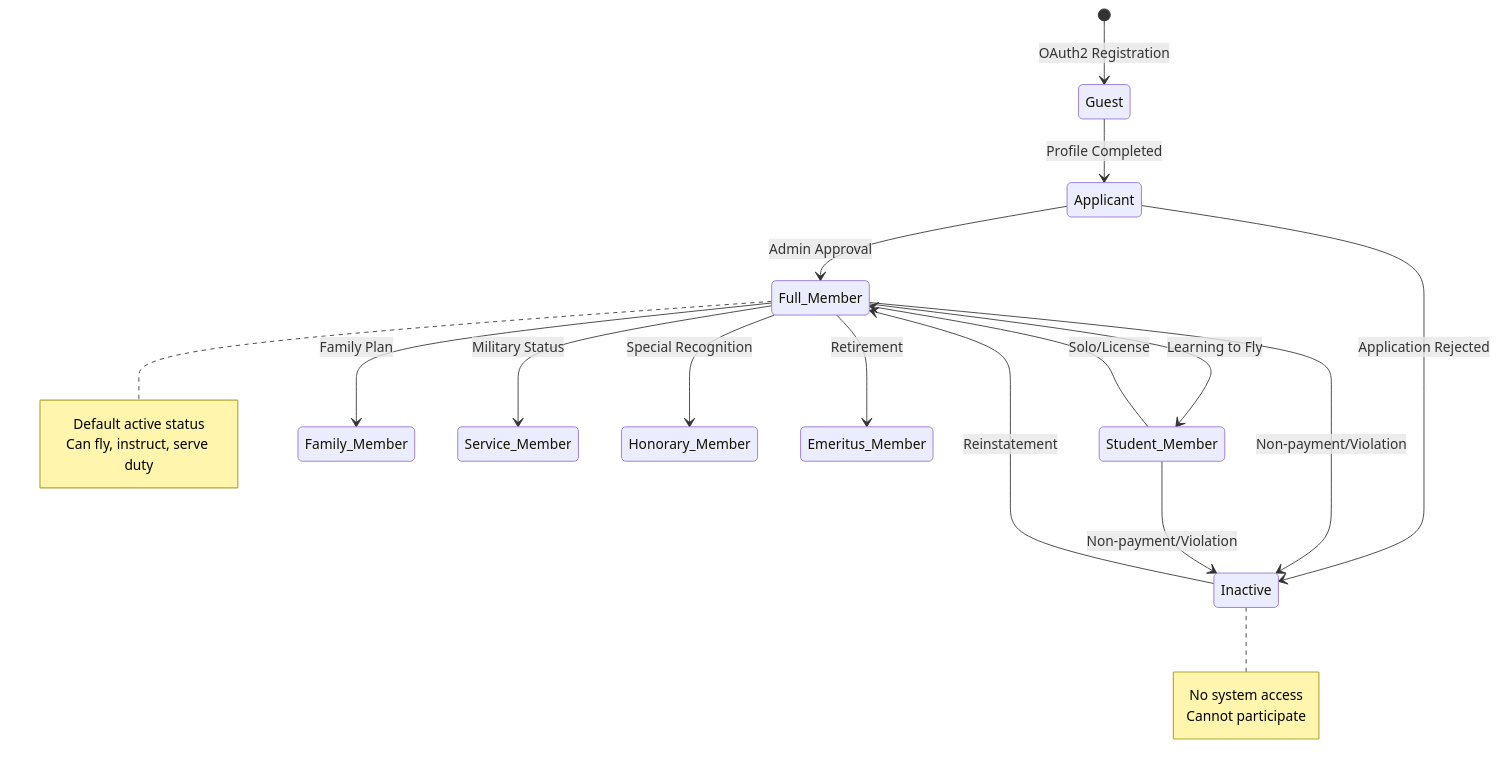
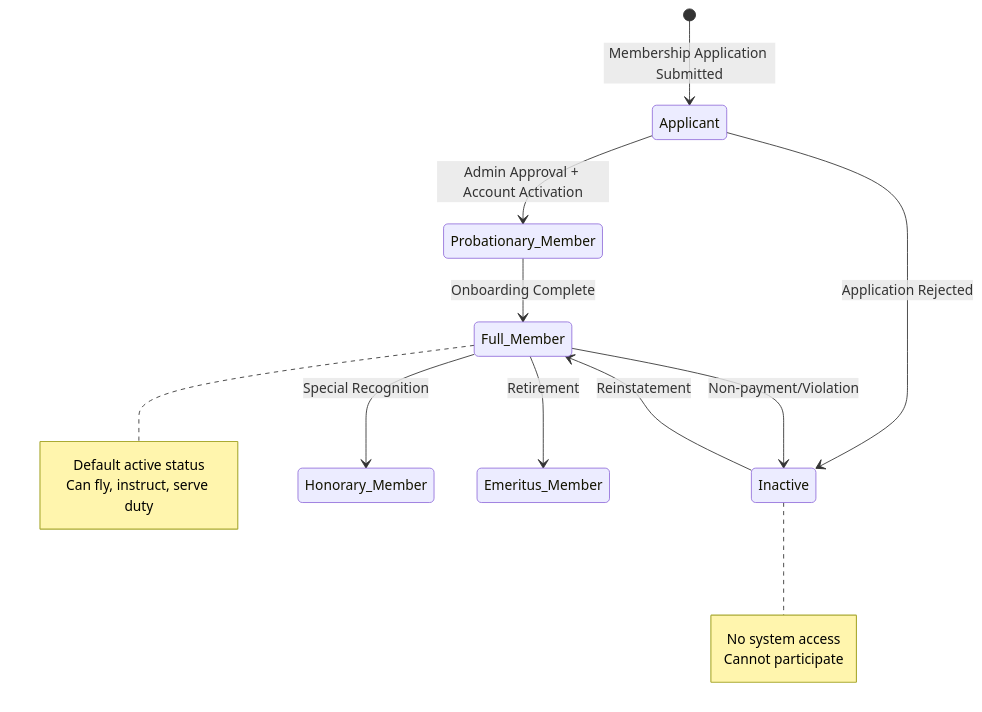
The third of 6 diagrams in docs/workflows/02-member-lifecycle.md (pietbarber/Manage2Soar), drawn with Mermaid before and after one commit. The commit also changed other lines of this file and 11 other files, not shown here.

````diff
--- a/docs/workflows/02-member-lifecycle.md
+++ b/docs/workflows/02-member-lifecycle.md
@@ -129,28 +135,23 @@
 ```mermaid
 stateDiagram-v2
-    [*] --> Guest: OAuth2 Registration
-    Guest --> Applicant: Profile Completed
-    Applicant --> Full_Member: Admin Approval
+    [*] --> Applicant: Membership Application Submitted
+    Applicant --> Probationary_Member: Admin Approval + Account Activation
     Applicant --> Inactive: Application Rejected
 
-    Full_Member --> Student_Member: Learning to Fly
-    Student_Member --> Full_Member: Solo/License
-    Full_Member --> Family_Member: Family Plan
-    Full_Member --> Service_Member: Military Status
+    Probationary_Member --> Full_Member: Onboarding Complete
     Full_Member --> Honorary_Member: Special Recognition
     Full_Member --> Emeritus_Member: Retirement
 
     Full_Member --> Inactive: Non-payment/Violation
-    Student_Member --> Inactive: Non-payment/Violation
     Inactive --> Full_Member: Reinstatement
 
     note right of Full_Member
         Default active status
         Can fly, instruct, serve duty
     end note
 
     note right of Inactive
         No system access
         Cannot participate
     end note
 ```
````
